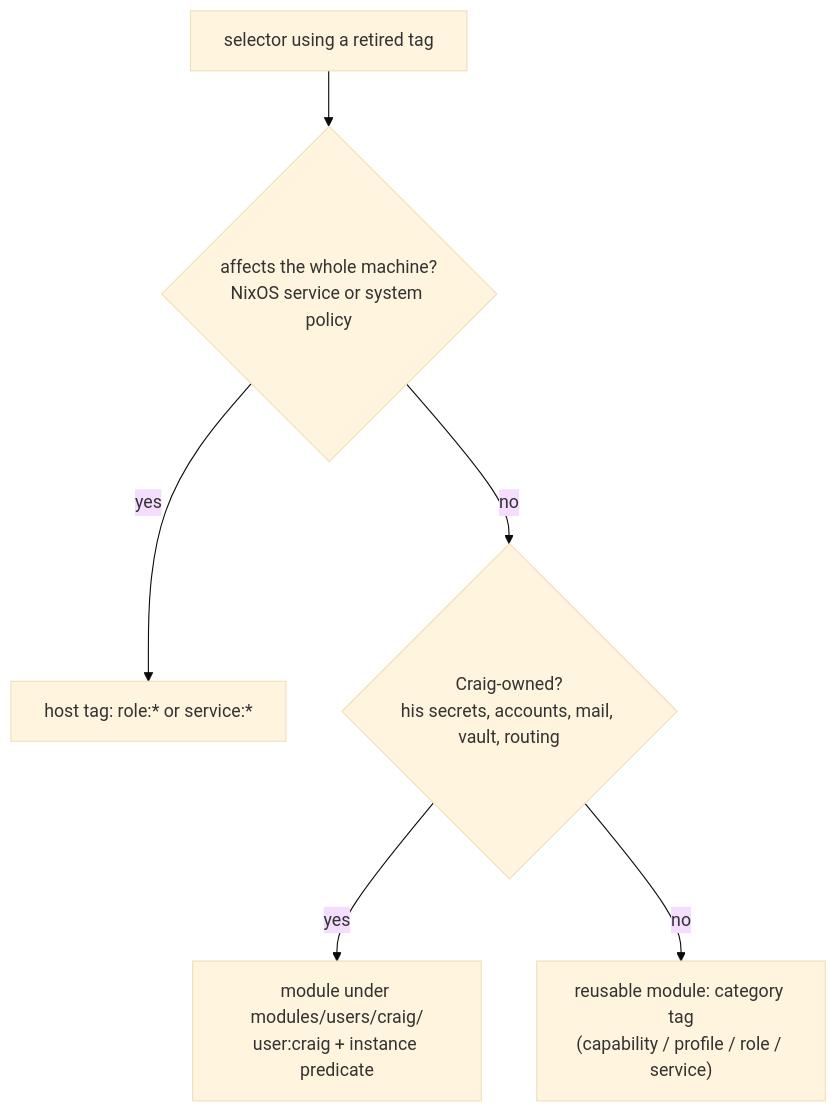
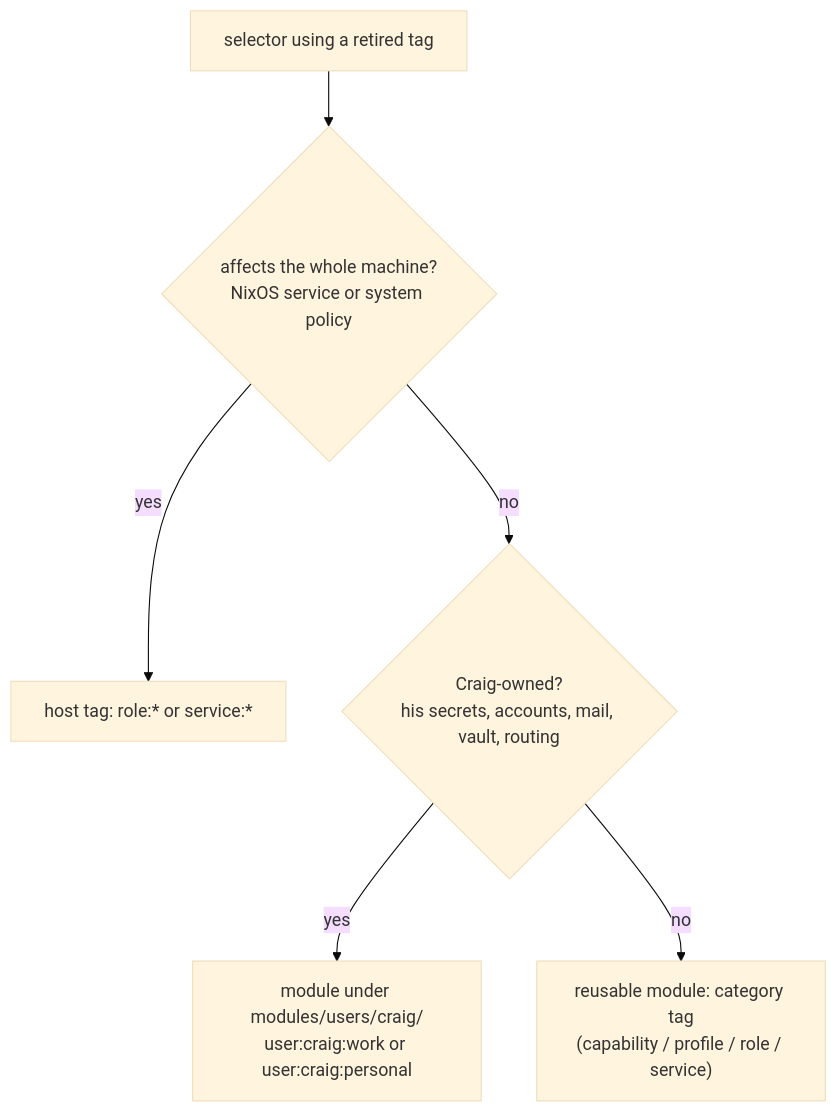
The first of 2 diagrams in openspec/changes/retire-context-profile-tags/design.md (craiggwilson/nix-config), drawn with Mermaid (base theme) before and after one commit. The commit also changed other lines of this file and 76 other files, not shown here.

````diff
--- a/openspec/changes/retire-context-profile-tags/design.md
+++ b/openspec/changes/retire-context-profile-tags/design.md
@@ -58,8 +69,8 @@
 ```mermaid
 flowchart TD
   M[selector using a retired tag] --> Q1{affects the whole machine?<br/>NixOS service or system policy}
   Q1 -- yes --> H[host tag: role:* or service:*]
   Q1 -- no --> Q2{Craig-owned?<br/>his secrets, accounts, mail, vault, routing}
-  Q2 -- yes --> C["module under modules/users/craig/<br/>user:craig + instance predicate"]
+  Q2 -- yes --> C["module under modules/users/craig/<br/>user:craig:work or user:craig:personal"]
   Q2 -- no --> R["reusable module: category tag<br/>(capability / profile / role / service)"]
 ```
````
